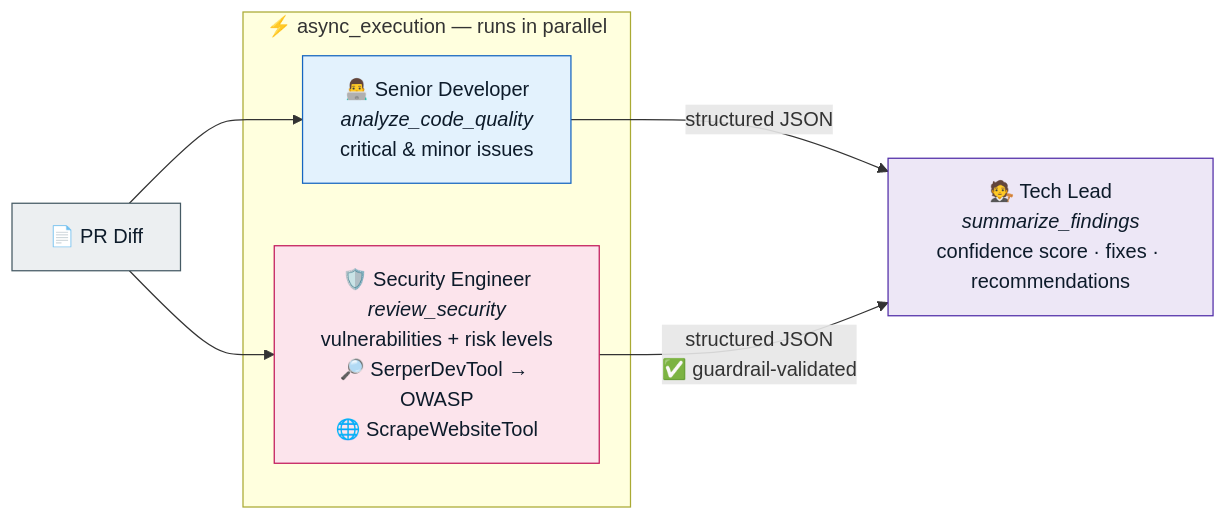
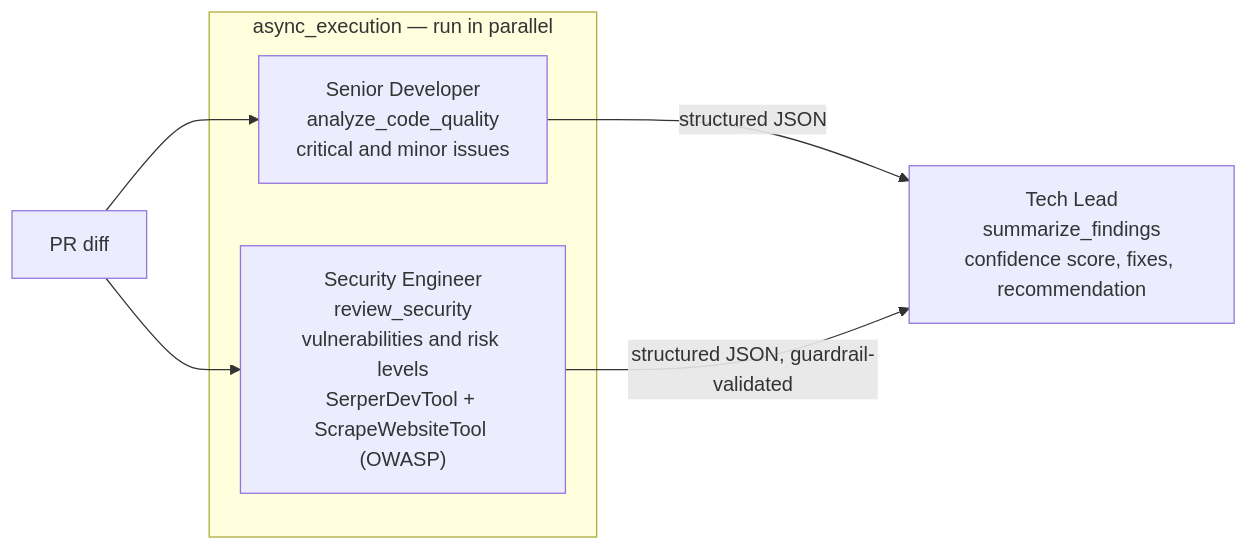
Before and after one commit to samruk-code/Design-Develop-and-Deploy-Multi-Agent-Systems-with-CrewAI: the second of 2 diagrams in README.md, drawn with Mermaid. The commit also changed other lines of this file, not shown here.

````diff
--- a/README.md
+++ b/README.md
@@ -39,18 +24,13 @@
 ```mermaid
 flowchart LR
-    PR["📄 PR Diff"] --> SD & SE
+    PR["PR diff"] --> SD & SE
 
-    subgraph parallel ["⚡ async_execution — runs in parallel"]
-        SD["👨‍💻 Senior Developer<br/><i>analyze_code_quality</i><br/>critical & minor issues"]
-        SE["🛡️ Security Engineer<br/><i>review_security</i><br/>vulnerabilities + risk levels<br/>🔎 SerperDevTool → OWASP<br/>🌐 ScrapeWebsiteTool"]
+    subgraph parallel ["async_execution — run in parallel"]
+        SD["Senior Developer<br/>analyze_code_quality<br/>critical and minor issues"]
+        SE["Security Engineer<br/>review_security<br/>vulnerabilities and risk levels<br/>SerperDevTool + ScrapeWebsiteTool (OWASP)"]
     end
 
     SD -- "structured JSON" --> TL
-    SE -- "structured JSON<br/>✅ guardrail-validated" --> TL
-    TL["🧑‍⚖️ Tech Lead<br/><i>summarize_findings</i><br/>confidence score · fixes · recommendations"]
-
-    style SD fill:#e3f2fd,stroke:#1565c0,color:#0d1b2a
-    style SE fill:#fce4ec,stroke:#c2185b,color:#0d1b2a
-    style TL fill:#ede7f6,stroke:#512da8,color:#0d1b2a
-    style PR fill:#eceff1,stroke:#455a64,color:#0d1b2a
+    SE -- "structured JSON, guardrail-validated" --> TL
+    TL["Tech Lead<br/>summarize_findings<br/>confidence score, fixes, recommendation"]
 ```
````
